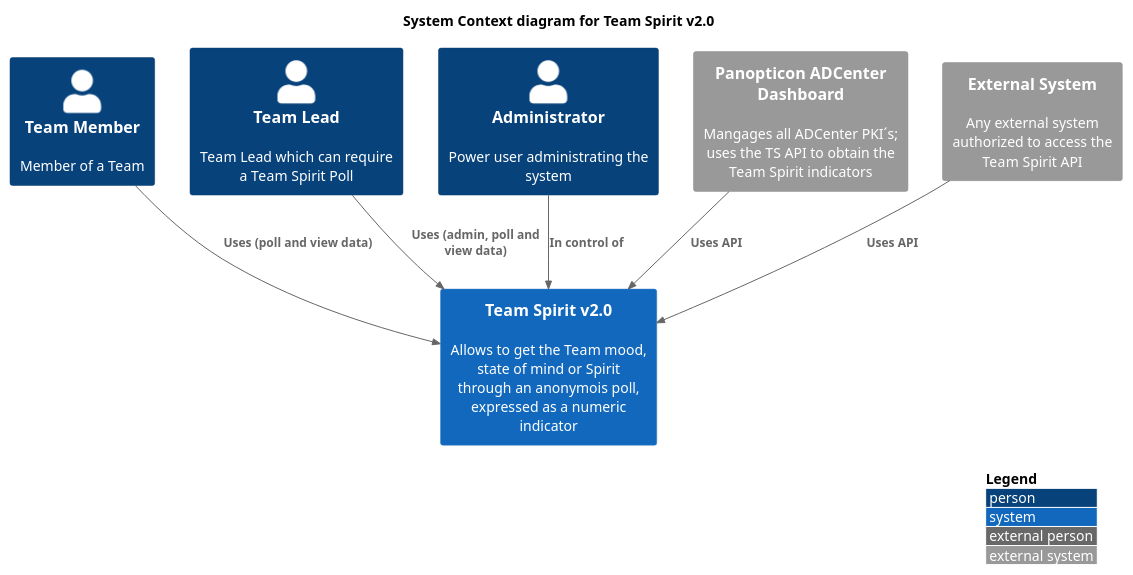
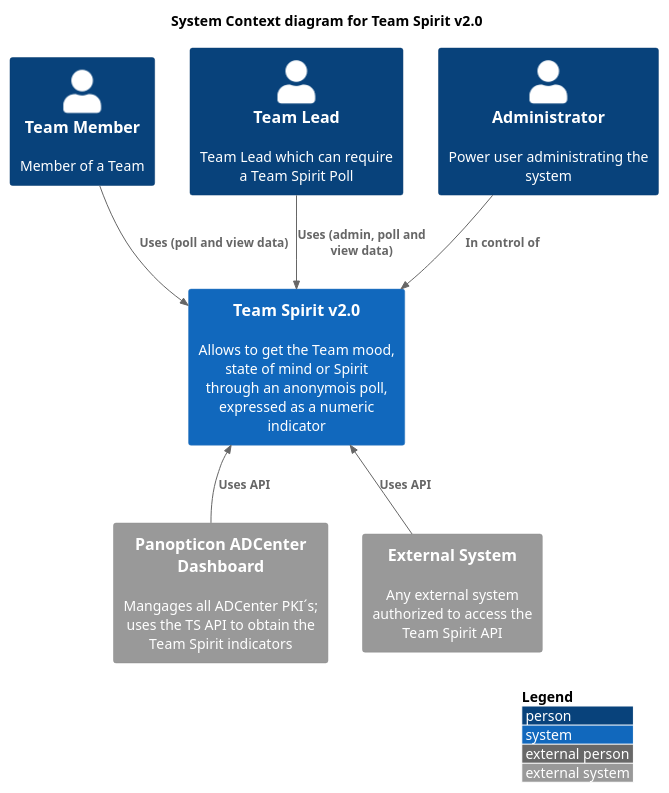
One commit to MCHAMOUXCAPG/TeamSpirit changed the diagram in doc/arch/C4_TeamSpirit Context Diagram .puml. Above: the diagram before and after it, drawn with PlantUML. The commit also changed 6 other files, not shown here.

```diff
--- a/doc/arch/C4_TeamSpirit Context Diagram .puml
+++ b/doc/arch/C4_TeamSpirit Context Diagram .puml
@@ -1,26 +1,28 @@
 @startuml
 ' !includeurl https://raw.githubusercontent.com/RicardoNiepel/C4-PlantUML/master/C4_Context.puml
 ' uncomment the following line and comment the first to use locally
 !include C4/C4_Context.puml
 
 LAYOUT_WITH_LEGEND()
 
 title System Context diagram for Team Spirit v2.0
 
 Person(teammember, "Team Member", "Member of a Team")
 Person(teamlead, "Team Lead", "Team Lead which can require a Team Spirit Poll")
 Person(admin, "Administrator", "Power user administrating the system")
 System(app, "Team Spirit v2.0", "Allows to get the Team mood, state of mind or Spirit through an anonymois poll, expressed as a numeric indicator")
 
 System_Ext(panopticon, "Panopticon ADCenter Dashboard", "Mangages all ADCenter PKI´s; uses the TS API to obtain the Team Spirit indicators")
 System_Ext(external, "External System", "Any external system authorized to access the Team Spirit API")
 
 Rel(teammember, app, "Uses (poll and view data)")
 Rel(teamlead, app, "Uses (admin, poll and view data)")
 Rel(admin, app, "In control of")
 ' Rel_Back(customer, mail_system, "Sends e-mails to")
 ' Rel_Neighbor(socialsecurity, mail_system, "Sends e-mails", "SMTP")
-Rel(panopticon, app, "Uses API")
-Rel(external, app, "Uses API")
+Rel_U(panopticon, app, "Uses API")
+Rel_U(external, app, "Uses API")
+
+Lay_D(app, panopticon)
 
 @enduml
```
